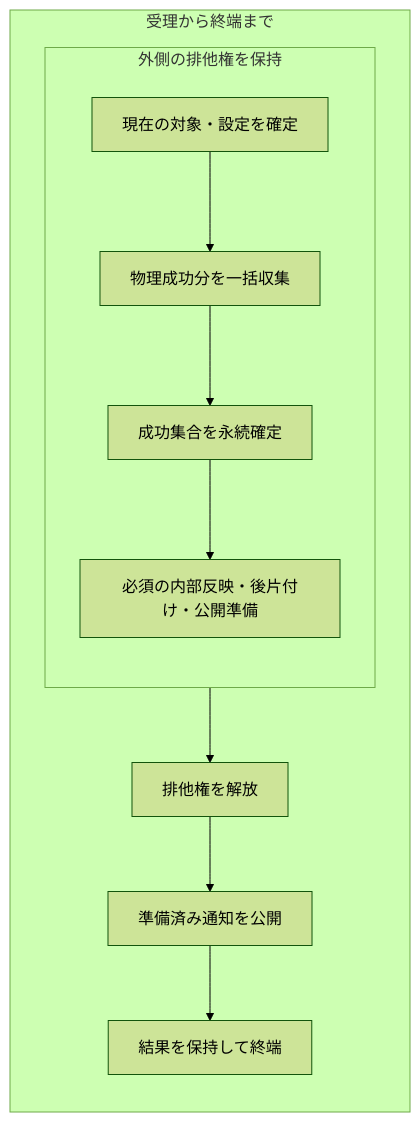
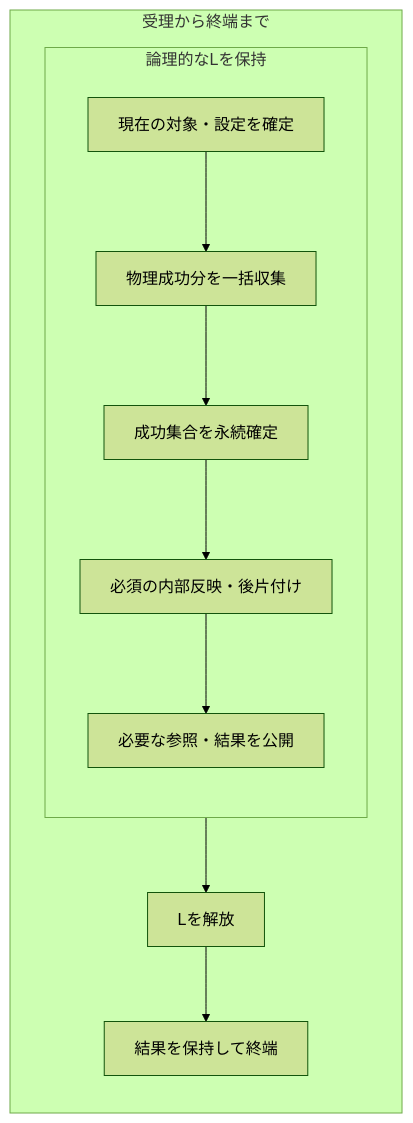
The first of 2 diagrams in devdocs/spec/library/mutations.md (Neeted/bemusicseeker-unofficial-fork), drawn with Mermaid (forest theme) before and after one commit. The commit also changed other lines of this file and 298 other files, not shown here.

````diff
--- a/devdocs/spec/library/mutations.md
+++ b/devdocs/spec/library/mutations.md
@@ -77,15 +75,15 @@
 ```mermaid
 flowchart TB
     subgraph Operation["受理から終端まで"]
         direction TB
-        subgraph Lease["外側の排他権を保持"]
+        subgraph Lease["論理的なLを保持"]
             direction TB
             Capture["現在の対象・設定を確定"] --> Collect["物理成功分を一括収集"]
             Collect --> Commit["成功集合を永続確定"]
-            Commit --> Apply["必須の内部反映・後片付け・公開準備"]
+            Commit --> Apply["必須の内部反映・後片付け"]
+            Apply --> Publish["必要な参照・結果を公開"]
         end
-        Apply --> Release["排他権を解放"]
-        Release --> Publish["準備済み通知を公開"]
-        Publish --> Terminal["結果を保持して終端"]
+        Publish --> Release["Lを解放"]
+        Release --> Terminal["結果を保持して終端"]
     end
 ```
````
